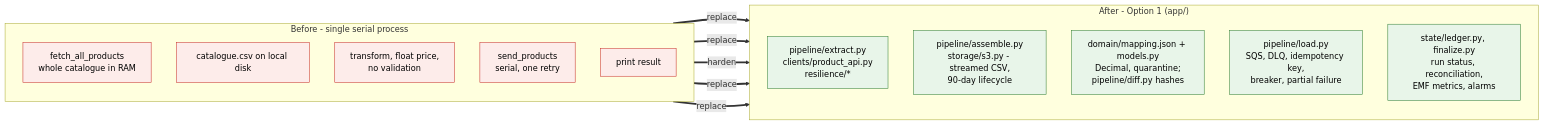
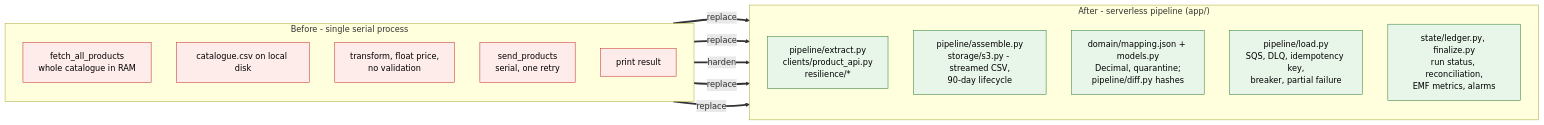
One commit to sindhusaroj/pim-wms-catalogue-sync changed diagram 11 of 12 in mermaid.md. Above: the diagram before and after it, drawn with Mermaid. The commit also changed other lines of this file and 6 other files, not shown here.

First line of the commit message:
Describe the architecture options by name

````diff
--- a/mermaid.md
+++ b/mermaid.md
@@ -362,28 +362,28 @@
 ```mermaid
 flowchart LR
     subgraph NOW["Before - single serial process"]
         direction TB
         N1["fetch_all_products<br/>whole catalogue in RAM"]
         N2["catalogue.csv on local disk"]
         N3["transform, float price,<br/>no validation"]
         N4["send_products<br/>serial, one retry"]
         N5["print result"]
     end
-    subgraph TGT["After - Option 1 (app/)"]
+    subgraph TGT["After - serverless pipeline (app/)"]
         direction TB
         T1["pipeline/extract.py<br/>clients/product_api.py<br/>resilience/*"]
         T2["pipeline/assemble.py<br/>storage/s3.py - streamed CSV,<br/>90-day lifecycle"]
         T3["domain/mapping.json + models.py<br/>Decimal, quarantine;<br/>pipeline/diff.py hashes"]
         T4["pipeline/load.py<br/>SQS, DLQ, idempotency key,<br/>breaker, partial failure"]
         T5["state/ledger.py, finalize.py<br/>run status, reconciliation,<br/>EMF metrics, alarms"]
     end
     N1 ==>|replace| T1
     N2 ==>|replace| T2
     N3 ==>|harden| T3
     N4 ==>|replace| T4
     N5 ==>|replace| T5
     classDef old fill:#fdecea,stroke:#c62828,color:#000
     classDef new fill:#e8f5e9,stroke:#2e7d32,color:#000
     class N1,N2,N3,N4,N5 old
     class T1,T2,T3,T4,T5 new
 ```
````
